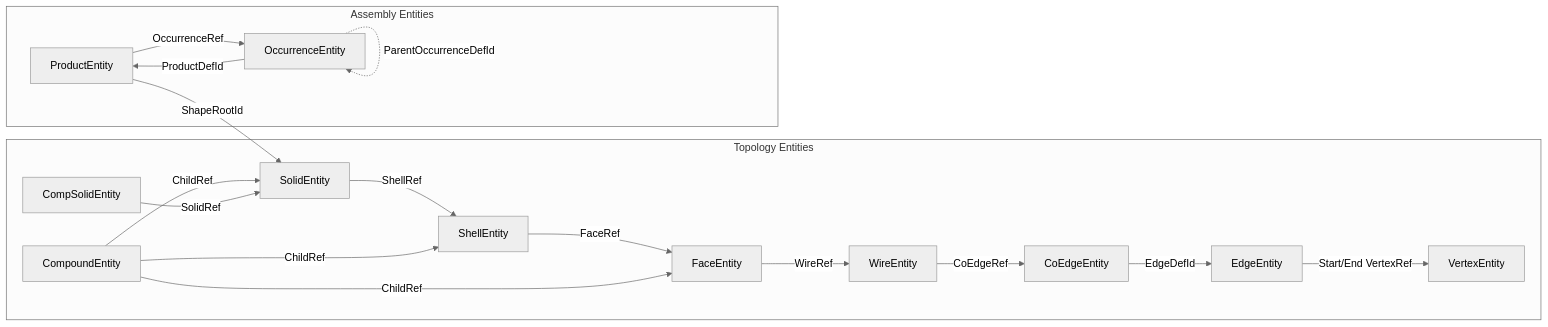
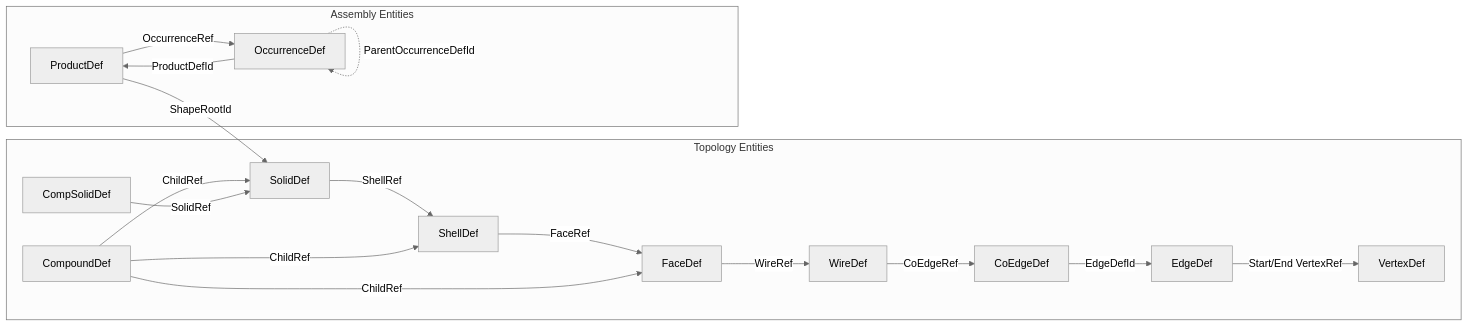
The second of 5 diagrams in src/ModelingData/TKBRep/BRepGraphInc/README.md (Open-Cascade-SAS/OCCT), drawn with Mermaid (neutral theme) before and after one commit. The commit also changed other lines of this file and 83 other files, not shown here.

````diff
--- a/src/ModelingData/TKBRep/BRepGraphInc/README.md
+++ b/src/ModelingData/TKBRep/BRepGraphInc/README.md
@@ -41,35 +41,35 @@
 ```mermaid
 flowchart LR
   subgraph Topology Entities
-    V[VertexEntity]
-    E[EdgeEntity]
-    CE[CoEdgeEntity]
-    W[WireEntity]
-    F[FaceEntity]
-    SH[ShellEntity]
-    SO[SolidEntity]
-    CO[CompoundEntity]
-    CS[CompSolidEntity]
+    V[VertexDef]
+    E[EdgeDef]
+    CE[CoEdgeDef]
+    W[WireDef]
+    F[FaceDef]
+    SH[ShellDef]
+    SO[SolidDef]
+    CO[CompoundDef]
+    CS[CompSolidDef]
   end
 
   subgraph Assembly Entities
-    PR[ProductEntity]
-    OC[OccurrenceEntity]
+    PR[ProductDef]
+    OC[OccurrenceDef]
   end
 
   F -->|WireRef| W
   W -->|CoEdgeRef| CE
   CE -->|EdgeDefId| E
   E -->|Start/End VertexRef| V
   SH -->|FaceRef| F
   SO -->|ShellRef| SH
   CO -->|ChildRef| SO
   CO -->|ChildRef| SH
   CO -->|ChildRef| F
   CS -->|SolidRef| SO
 
   PR -->|OccurrenceRef| OC
   PR -->|ShapeRootId| SO
   OC -->|ProductDefId| PR
   OC -.->|ParentOccurrenceDefId| OC
 ```
````
